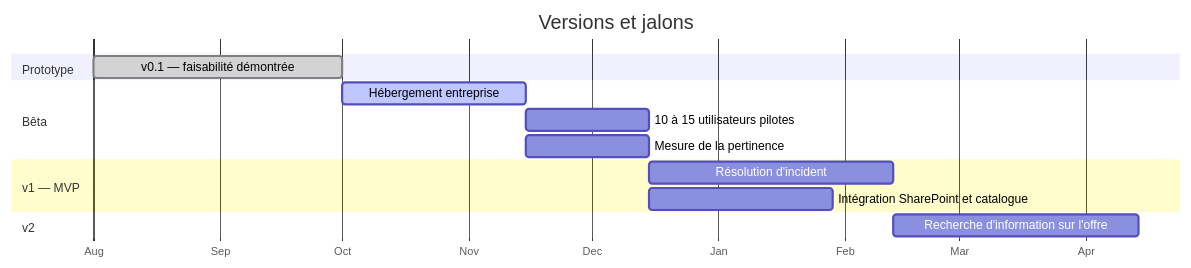
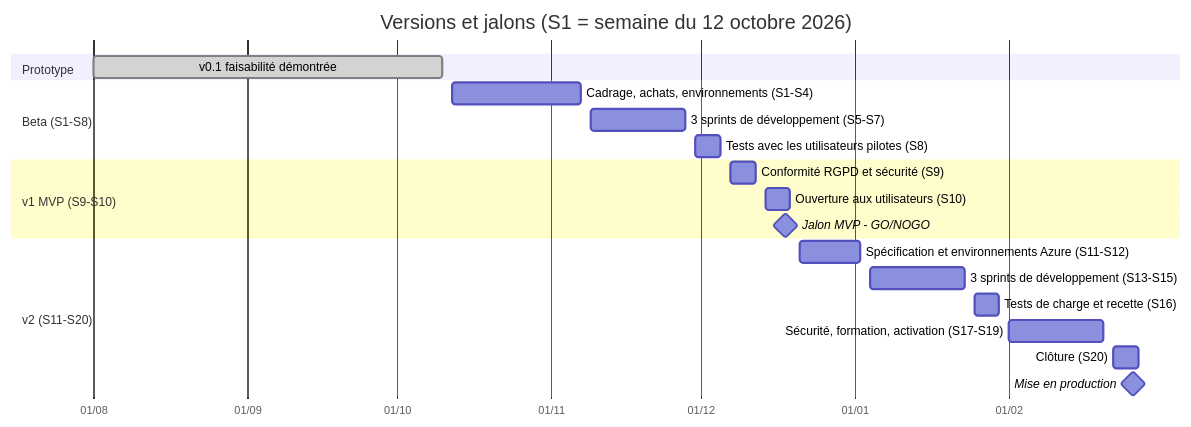
One commit to margotmc-web/Chatbot_PPV_BC07 changed the diagram in 6-plan-de-release.md. Above: the diagram before and after it, drawn with Mermaid. The commit also changed other lines of this file and 1 other file, not shown here.

Commit message:
Plan de release : calendrier aligné sur le planning en 20 semaines (S1 = 12 octobre 2026)
Claude-Session: https://claude.ai/code/session_01QXAuWSGkZ3KMfVAcPk6hDW

````diff
--- a/6-plan-de-release.md
+++ b/6-plan-de-release.md
@@ -3,17 +3,23 @@
 ```mermaid
 gantt
-    title Versions et jalons
+    title Versions et jalons (S1 = semaine du 12 octobre 2026)
     dateFormat YYYY-MM-DD
-    axisFormat %b
+    axisFormat %d/%m
     section Prototype
-    v0.1 — faisabilité démontrée      :done, p1, 2026-08-01, 2026-10-01
-    section Bêta
-    Hébergement entreprise            :active, b1, 2026-10-01, 45d
-    10 à 15 utilisateurs pilotes      :b2, after b1, 30d
-    Mesure de la pertinence           :b3, after b1, 30d
-    section v1 — MVP
-    Résolution d'incident             :v1, after b2, 60d
-    Intégration SharePoint et catalogue :v1b, after b2, 45d
-    section v2
-    Recherche d'information sur l'offre :v2, after v1, 60d
+    v0.1 faisabilité démontrée               :done, p1, 2026-08-01, 2026-10-10
+    section Beta (S1-S8)
+    Cadrage, achats, environnements (S1-S4)  :b1, 2026-10-12, 2026-11-07
+    3 sprints de développement (S5-S7)       :b2, 2026-11-09, 2026-11-28
+    Tests avec les utilisateurs pilotes (S8) :b3, 2026-11-30, 2026-12-05
+    section v1 MVP (S9-S10)
+    Conformité RGPD et sécurité (S9)         :v1, 2026-12-07, 2026-12-12
+    Ouverture aux utilisateurs (S10)         :v1b, 2026-12-14, 2026-12-19
+    Jalon MVP - GO/NOGO                      :milestone, m1, 2026-12-18, 0d
+    section v2 (S11-S20)
+    Spécification et environnements Azure (S11-S12) :w1, 2026-12-21, 2027-01-02
+    3 sprints de développement (S13-S15)     :w2, 2027-01-04, 2027-01-23
+    Tests de charge et recette (S16)         :w3, 2027-01-25, 2027-01-30
+    Sécurité, formation, activation (S17-S19):w4, 2027-02-01, 2027-02-20
+    Clôture (S20)                            :w5, 2027-02-22, 2027-02-27
+    Mise en production                       :milestone, m2, 2027-02-26, 0d
 ```
````
